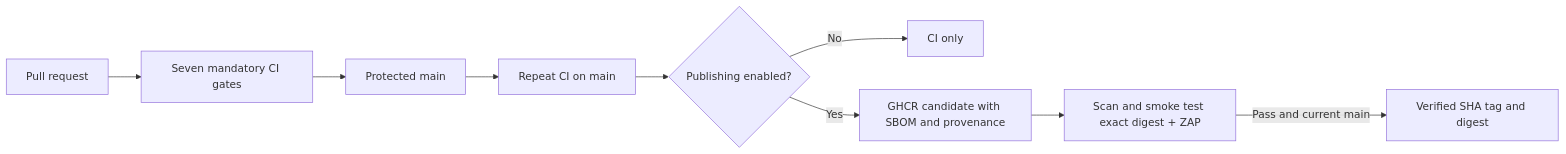
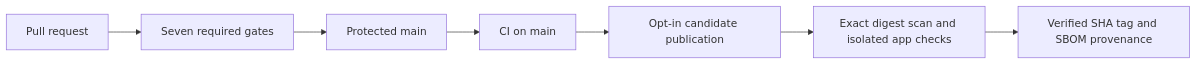
One commit to Mishkaaass/observability-platform changed the second of 2 diagrams in README.md. Above: the diagram before and after it, drawn with Mermaid. The commit also changed other lines of this file and 23 other files, not shown here.

````diff
--- a/README.md
+++ b/README.md
@@ -50,11 +145,9 @@
 ```mermaid
 flowchart LR
-  PR[Pull request] --> CI[Seven mandatory CI gates]
-  CI --> Main[Protected main]
-  Main --> CI2[Repeat CI on main]
-  CI2 --> Opt{Publishing enabled?}
-  Opt -->|No| Stop[CI only]
-  Opt -->|Yes| Candidate[GHCR candidate with SBOM and provenance]
-  Candidate --> Verify[Scan and smoke test exact digest + ZAP]
-  Verify -->|Pass and current main| Release[Verified SHA tag and digest]
+  PR[Pull request] --> CI[Seven required gates]
+  CI --> M[Protected main]
+  M --> CI2[CI on main]
+  CI2 --> C[Opt-in candidate publication]
+  C --> V[Exact digest scan and isolated app checks]
+  V --> R[Verified SHA tag and SBOM provenance]
 ```
````
